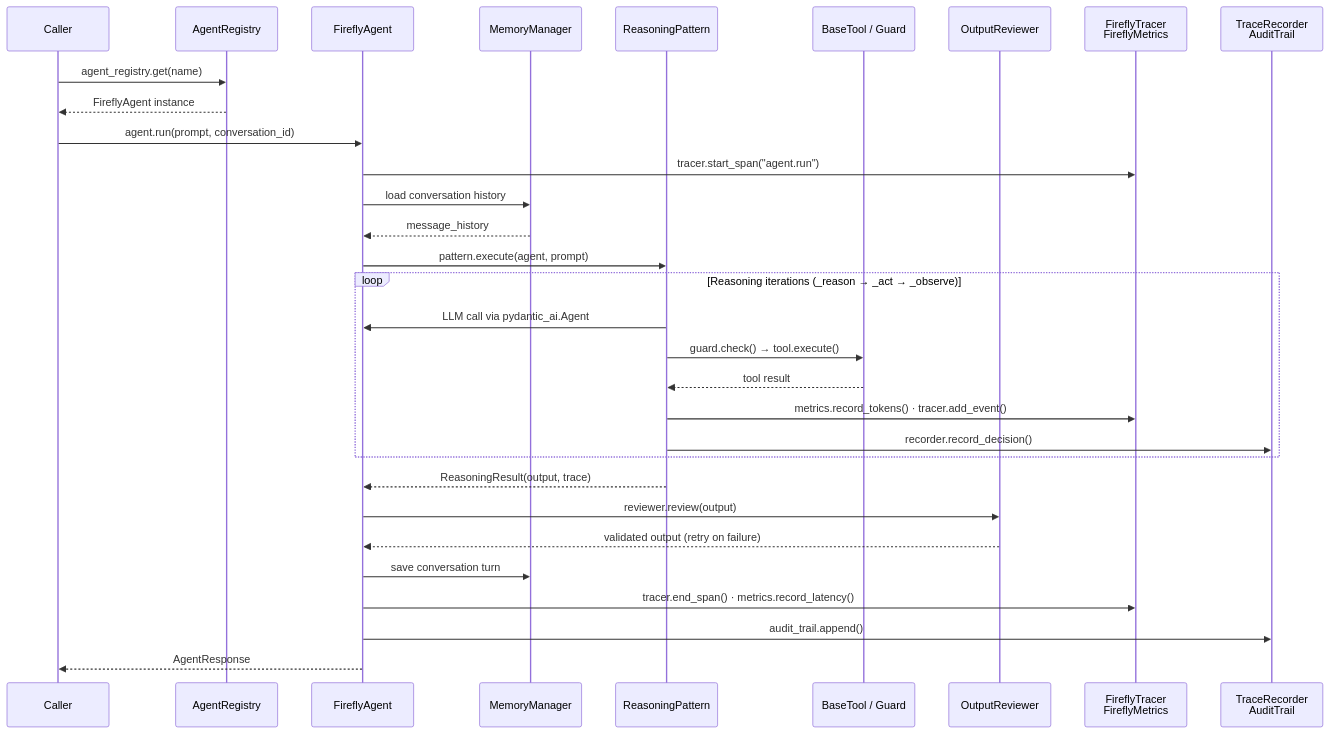
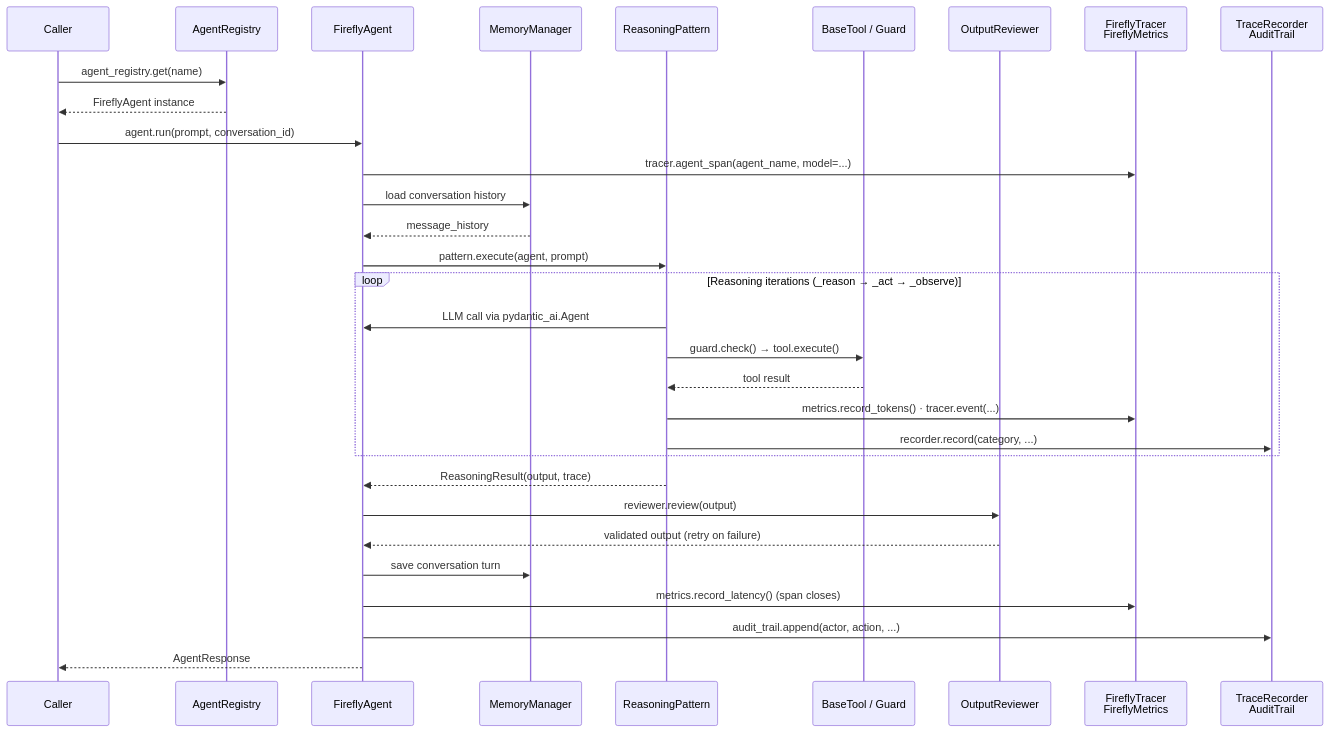
Before and after one commit to fireflyframework/fireflyframework-agentic: the third of 7 diagrams in docs/architecture.md, drawn with Mermaid. The commit also changed other lines of this file and 20 other files, not shown here.

````diff
--- a/docs/architecture.md
+++ b/docs/architecture.md
@@ -323,34 +402,34 @@
 ```mermaid
 sequenceDiagram
     participant Caller
     participant Reg as AgentRegistry
     participant Agent as FireflyAgent
     participant Mem as MemoryManager
     participant Reason as ReasoningPattern
     participant Tool as BaseTool / Guard
     participant Val as OutputReviewer
     participant OBS as FireflyTracer<br/>FireflyMetrics
     participant EXPL as TraceRecorder<br/>AuditTrail
 
     Caller->>Reg: agent_registry.get(name)
     Reg-->>Caller: FireflyAgent instance
     Caller->>Agent: agent.run(prompt, conversation_id)
-    Agent->>OBS: tracer.start_span("agent.run")
+    Agent->>OBS: tracer.agent_span(agent_name, model=...)
     Agent->>Mem: load conversation history
     Mem-->>Agent: message_history
     Agent->>Reason: pattern.execute(agent, prompt)
     loop Reasoning iterations (_reason → _act → _observe)
         Reason->>Agent: LLM call via pydantic_ai.Agent
         Reason->>Tool: guard.check() → tool.execute()
         Tool-->>Reason: tool result
-        Reason->>OBS: metrics.record_tokens() · tracer.add_event()
-        Reason->>EXPL: recorder.record_decision()
+        Reason->>OBS: metrics.record_tokens() · tracer.event(...)
+        Reason->>EXPL: recorder.record(category, ...)
     end
     Reason-->>Agent: ReasoningResult(output, trace)
     Agent->>Val: reviewer.review(output)
     Val-->>Agent: validated output (retry on failure)
     Agent->>Mem: save conversation turn
-    Agent->>OBS: tracer.end_span() · metrics.record_latency()
-    Agent->>EXPL: audit_trail.append()
+    Agent->>OBS: metrics.record_latency() (span closes)
+    Agent->>EXPL: audit_trail.append(actor, action, ...)
     Agent-->>Caller: AgentResponse
 ```
````
